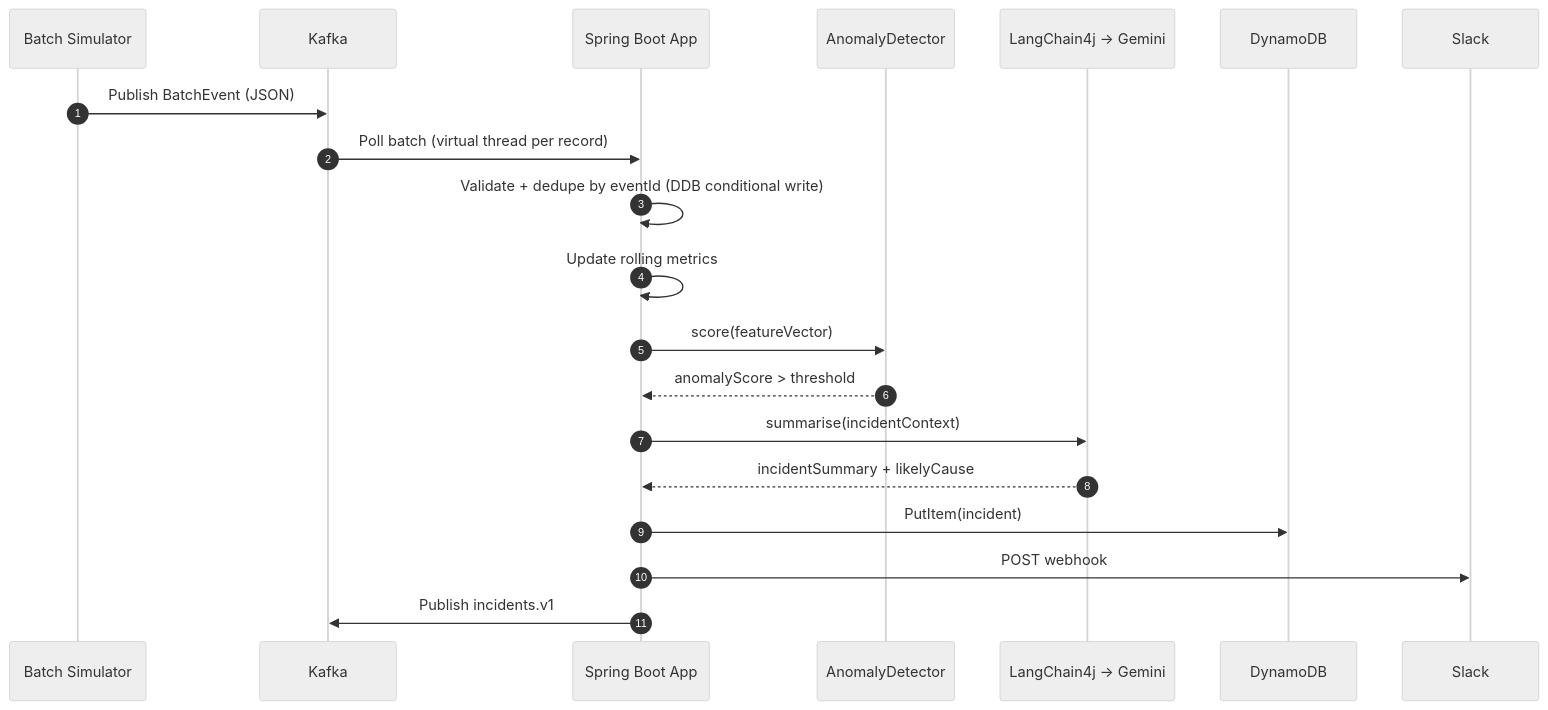
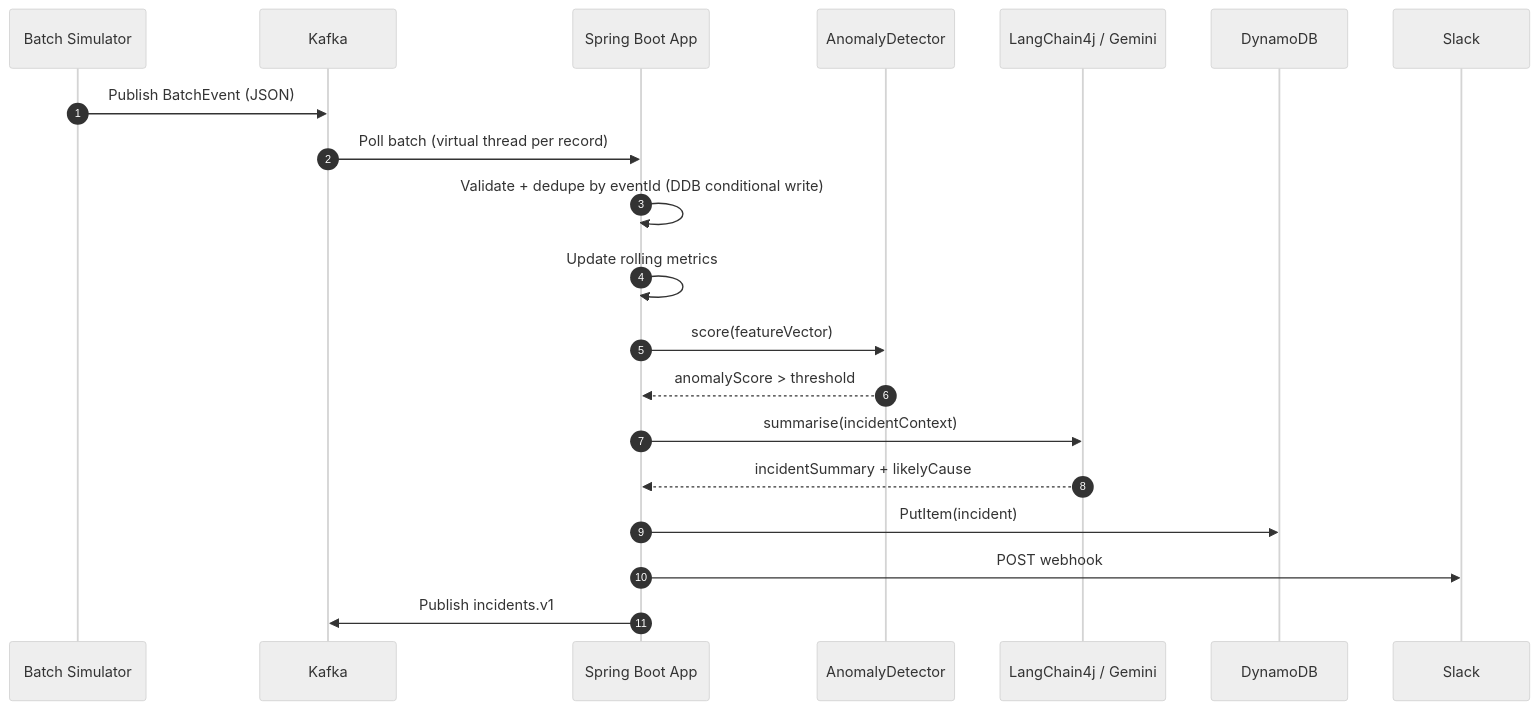
The second of 3 diagrams in docs/architecture.md (BibinFrancisK/intelligent-batch-incident-handler), drawn with Mermaid (neutral theme) before and after one commit. The commit also changed other lines of this file, not shown here.

First line of the commit message:
fix(docs): correct mermaid diagram syntax in architecture.md

````diff
--- a/docs/architecture.md
+++ b/docs/architecture.md
@@ -65,23 +66,23 @@
 ```mermaid
 sequenceDiagram
     autonumber
     participant Sim as Batch Simulator
     participant K as Kafka
     participant App as Spring Boot App
     participant ML as AnomalyDetector
-    participant LLM as LangChain4j → Gemini
+    participant LLM as LangChain4j / Gemini
     participant DDB as DynamoDB
     participant Slack
 
     Sim->>K: Publish BatchEvent (JSON)
     K->>App: Poll batch (virtual thread per record)
     App->>App: Validate + dedupe by eventId (DDB conditional write)
     App->>App: Update rolling metrics
     App->>ML: score(featureVector)
     ML-->>App: anomalyScore > threshold
     App->>LLM: summarise(incidentContext)
     LLM-->>App: incidentSummary + likelyCause
     App->>DDB: PutItem(incident)
     App->>Slack: POST webhook
     App->>K: Publish incidents.v1
 ```
````
